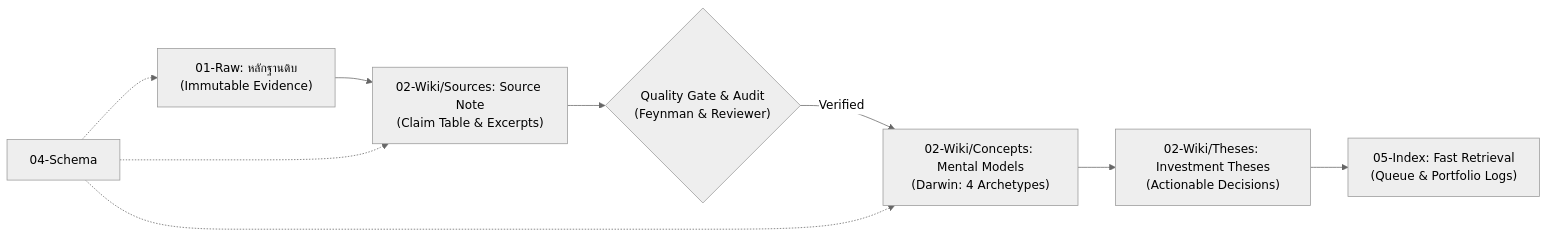
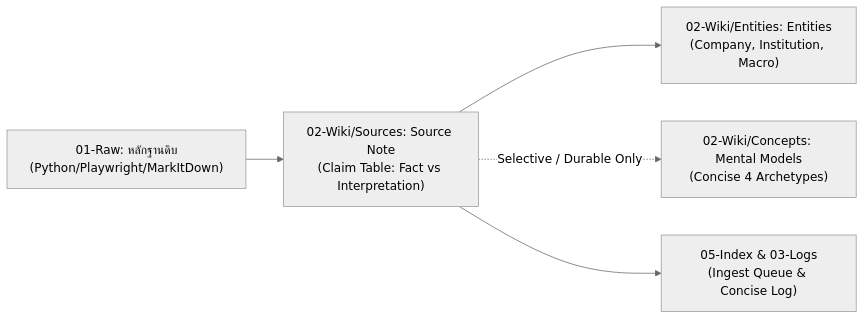
The diagram in 04-Schema/Workflow.md (Migchw/llm-wiki-starter), drawn with Mermaid (neutral theme) before and after one commit. The commit also changed other lines of this file and 6 other files, not shown here.

Commit message:
feat(ingest): implement Python-first tiered fetcher and lean single-pass ingestion

````diff
--- a/04-Schema/Workflow.md
+++ b/04-Schema/Workflow.md
@@ -3,11 +3,7 @@
 ```mermaid
 flowchart LR
-    A["01-Raw: หลักฐานดิบ<br/>(Immutable Evidence)"] --> B["02-Wiki/Sources: Source Note<br/>(Claim Table & Excerpts)"]
-    B --> C{"Quality Gate & Audit<br/>(Feynman & Reviewer)"}
-    C -->|Verified| D["02-Wiki/Concepts: Mental Models<br/>(Darwin: 4 Archetypes)"]
-    D --> E["02-Wiki/Theses: Investment Theses<br/>(Actionable Decisions)"]
-    E --> F["05-Index: Fast Retrieval<br/>(Queue & Portfolio Logs)"]
-    G["04-Schema"] -.-> A
-    G -.-> B
-    G -.-> D
+    A["01-Raw: หลักฐานดิบ<br/>(Python/Playwright/MarkItDown)"] --> B["02-Wiki/Sources: Source Note<br/>(Claim Table: Fact vs Interpretation)"]
+    B --> C["02-Wiki/Entities: Entities<br/>(Company, Institution, Macro)"]
+    B -.->|Selective / Durable Only| D["02-Wiki/Concepts: Mental Models<br/>(Concise 4 Archetypes)"]
+    B --> E["05-Index & 03-Logs<br/>(Ingest Queue & Concise Log)"]
 ```
````
